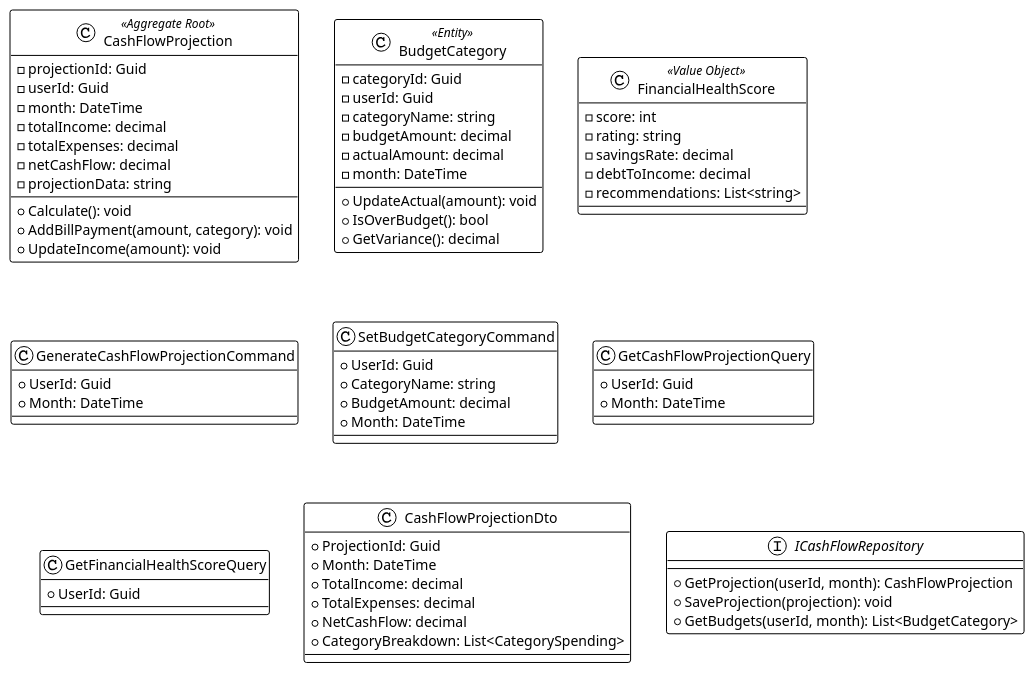
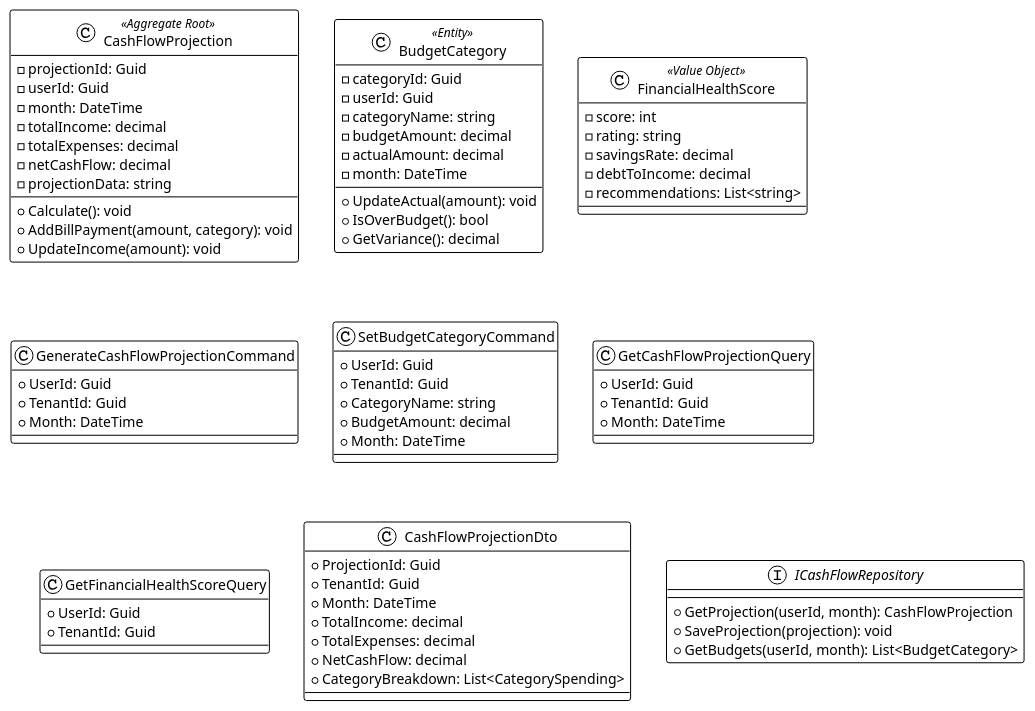
The diagram in BillPaymentScheduler/docs/specs/diagrams/cash-flow-class-diagram.puml (QuinntyneBrown/Apps), drawn with PlantUML before and after one commit. The commit also changed 474 other files, not shown here.

```diff
--- a/BillPaymentScheduler/docs/specs/diagrams/cash-flow-class-diagram.puml
+++ b/BillPaymentScheduler/docs/specs/diagrams/cash-flow-class-diagram.puml
@@ -1,76 +1,81 @@
 @startuml Cash Flow Class Diagram
 
 !theme plain
 
 class CashFlowProjection <<Aggregate Root>> {
   - projectionId: Guid
   - userId: Guid
   - month: DateTime
   - totalIncome: decimal
   - totalExpenses: decimal
   - netCashFlow: decimal
   - projectionData: string
   --
   + Calculate(): void
   + AddBillPayment(amount, category): void
   + UpdateIncome(amount): void
 }
 
 class BudgetCategory <<Entity>> {
   - categoryId: Guid
   - userId: Guid
   - categoryName: string
   - budgetAmount: decimal
   - actualAmount: decimal
   - month: DateTime
   --
   + UpdateActual(amount): void
   + IsOverBudget(): bool
   + GetVariance(): decimal
 }
 
 class FinancialHealthScore <<Value Object>> {
   - score: int
   - rating: string
   - savingsRate: decimal
   - debtToIncome: decimal
   - recommendations: List<string>
 }
 
 class GenerateCashFlowProjectionCommand {
   + UserId: Guid
+  + TenantId: Guid
   + Month: DateTime
 }
 
 class SetBudgetCategoryCommand {
   + UserId: Guid
+  + TenantId: Guid
   + CategoryName: string
   + BudgetAmount: decimal
   + Month: DateTime
 }
 
 class GetCashFlowProjectionQuery {
   + UserId: Guid
+  + TenantId: Guid
   + Month: DateTime
 }
 
 class GetFinancialHealthScoreQuery {
   + UserId: Guid
+  + TenantId: Guid
 }
 
 class CashFlowProjectionDto {
   + ProjectionId: Guid
+  + TenantId: Guid
   + Month: DateTime
   + TotalIncome: decimal
   + TotalExpenses: decimal
   + NetCashFlow: decimal
   + CategoryBreakdown: List<CategorySpending>
 }
 
 interface ICashFlowRepository {
   + GetProjection(userId, month): CashFlowProjection
   + SaveProjection(projection): void
   + GetBudgets(userId, month): List<BudgetCategory>
 }
 
 @enduml
```
